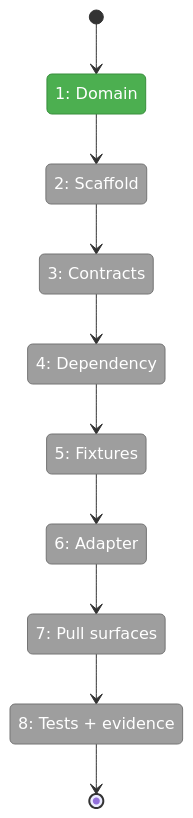
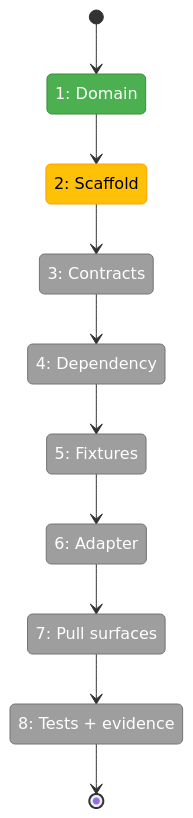
Before and after one commit to vaughanknight/pij: the first of 2 diagrams in docs/plans/007-options-for-pi-extensions-that-do-subagents/tasks/phase-1-minih-inventory-artifact-adapter/tasks.fltplan.md, drawn with Mermaid. The commit also changed other lines of this file and 7 other files, not shown here.

````diff
--- a/docs/plans/007-options-for-pi-extensions-that-do-subagents/tasks/phase-1-minih-inventory-artifact-adapter/tasks.fltplan.md
+++ b/docs/plans/007-options-for-pi-extensions-that-do-subagents/tasks/phase-1-minih-inventory-artifact-adapter/tasks.fltplan.md
@@ -42,29 +42,30 @@
 ```mermaid
 stateDiagram-v2
     classDef pending fill:#9E9E9E,stroke:#757575,color:#fff
     classDef active fill:#FFC107,stroke:#FFA000,color:#000
     classDef done fill:#4CAF50,stroke:#388E3C,color:#fff
     classDef blocked fill:#F44336,stroke:#D32F2F,color:#fff
 
     state "1: Domain" as S1
     state "2: Scaffold" as S2
     state "3: Contracts" as S3
     state "4: Dependency" as S4
     state "5: Fixtures" as S5
     state "6: Adapter" as S6
     state "7: Pull surfaces" as S7
     state "8: Tests + evidence" as S8
 
     [*] --> S1
     S1 --> S2
     S2 --> S3
     S3 --> S4
     S4 --> S5
     S5 --> S6
     S6 --> S7
     S7 --> S8
     S8 --> [*]
 
     class S1 done
-    class S2,S3,S4,S5,S6,S7,S8 pending
+    class S2 active
+    class S3,S4,S5,S6,S7,S8 pending
 ```
````
